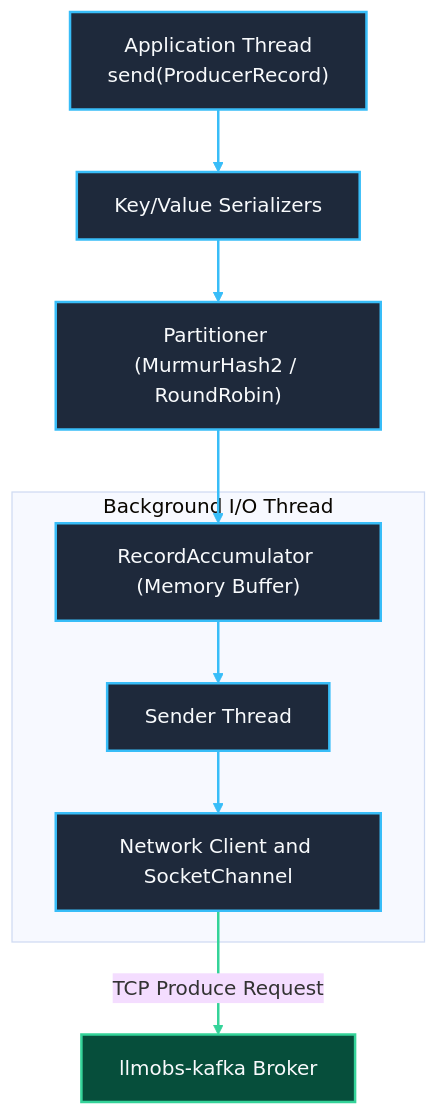
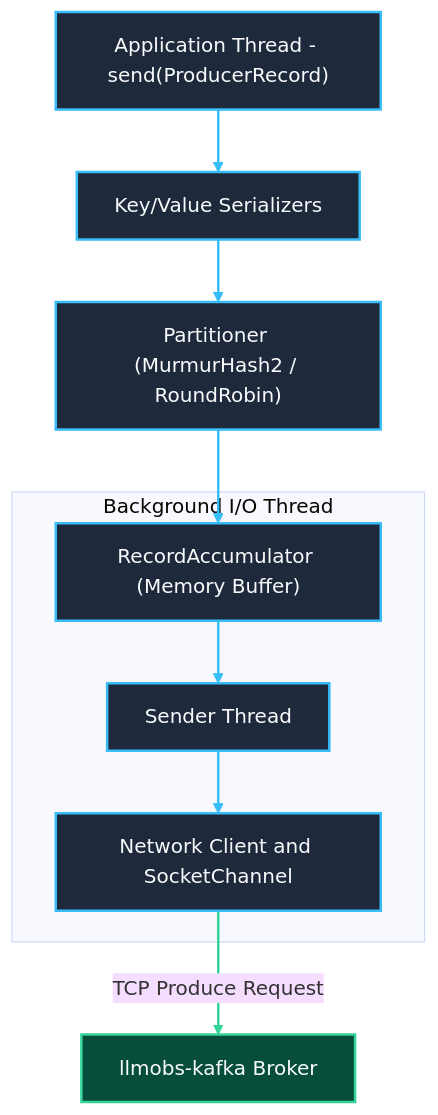
Before and after one commit to Chief-Strategist-J/llm-obs-infra: the fifth of 18 diagrams in docs/configDoc/kafka-configuration-guide.md, drawn with Mermaid (base theme). The commit also changed other lines of this file, not shown here.

Commit message:
docs(kafka): fix Mermaid rendering syntax errors by converting undirected links to directed arrows and removing HTML break tags in labels

````diff
--- a/docs/configDoc/kafka-configuration-guide.md
+++ b/docs/configDoc/kafka-configuration-guide.md
@@ -683,24 +683,24 @@
 ```mermaid
 graph TD
-    AppThread["Application Thread<br/>send(ProducerRecord)"] --> Serializer["Key/Value Serializers"]
+    AppThread["Application Thread - send(ProducerRecord)"] --> Serializer["Key/Value Serializers"]
     Serializer --> Partitioner["Partitioner (MurmurHash2 / RoundRobin)"]
     Partitioner --> RecordAccumulator["RecordAccumulator (Memory Buffer)"]
 
     subgraph BackgroundProcessing ["Background I/O Thread"]
         RecordAccumulator --> SenderThread["Sender Thread"]
         SenderThread --> SocketChannel["Network Client and SocketChannel"]
     end
 
     SocketChannel -->|TCP Produce Request| KafkaBroker["llmobs-kafka Broker"]
 
     style AppThread fill:#1e293b,stroke:#38bdf8,stroke-width:2px,color:#f8fafc
     style Serializer fill:#1e293b,stroke:#38bdf8,stroke-width:2px,color:#f8fafc
     style Partitioner fill:#1e293b,stroke:#38bdf8,stroke-width:2px,color:#f8fafc
     style RecordAccumulator fill:#1e293b,stroke:#38bdf8,stroke-width:2px,color:#f8fafc
     style SenderThread fill:#1e293b,stroke:#38bdf8,stroke-width:2px,color:#f8fafc
     style SocketChannel fill:#1e293b,stroke:#38bdf8,stroke-width:2px,color:#f8fafc
     style KafkaBroker fill:#064e3b,stroke:#34d399,stroke-width:2px,color:#f8fafc
 
     linkStyle 0,1,2,3,4 stroke:#38bdf8,stroke-width:2px;
     linkStyle 5 stroke:#34d399,stroke-width:2px;
 ```
````
